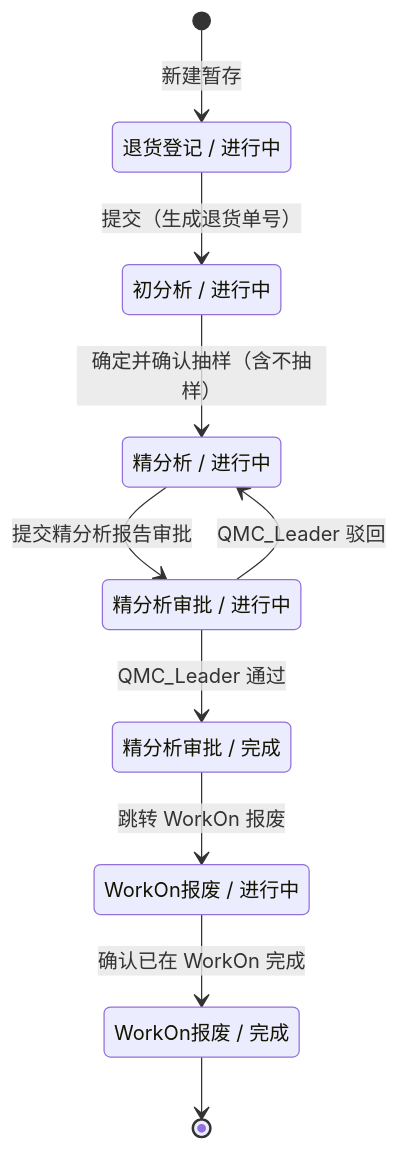
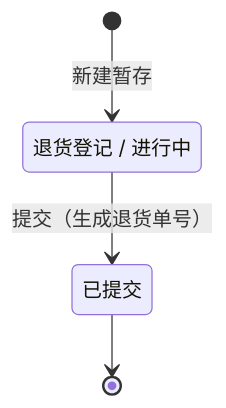
Before and after one commit to xvfeiran/wfam-doc: the third of 13 diagrams in 01-设计文档/开发设计文档.md, drawn with Mermaid. The commit also changed other lines of this file and 5 other files, not shown here.

````diff
--- a/01-设计文档/开发设计文档.md
+++ b/01-设计文档/开发设计文档.md
@@ -286,20 +289,9 @@
 ```mermaid
 stateDiagram-v2
-    state "退货登记 / 进行中" as reg_ip
-    state "初分析 / 进行中" as ia_ip
-    state "精分析 / 进行中" as da_ip
-    state "精分析审批 / 进行中" as ap_ip
-    state "精分析审批 / 完成" as ap_done
-    state "WorkOn报废 / 进行中" as scrap_ip
-    state "WorkOn报废 / 完成" as scrap_done
+    state "退货登记 / 进行中" as draft
+    state "已提交" as submitted
 
-    [*] --> reg_ip: 新建暂存
-    reg_ip --> ia_ip: 提交（生成退货单号）
-    ia_ip --> da_ip: 确定并确认抽样（含不抽样）
-    da_ip --> ap_ip: 提交精分析报告审批
-    ap_ip --> da_ip: QMC_Leader 驳回
-    ap_ip --> ap_done: QMC_Leader 通过
-    ap_done --> scrap_ip: 跳转 WorkOn 报废
-    scrap_ip --> scrap_done: 确认已在 WorkOn 完成
-    scrap_done --> [*]
+    [*] --> draft: 新建暂存
+    draft --> submitted: 提交（生成退货单号）
+    submitted --> [*]
 ```
````
